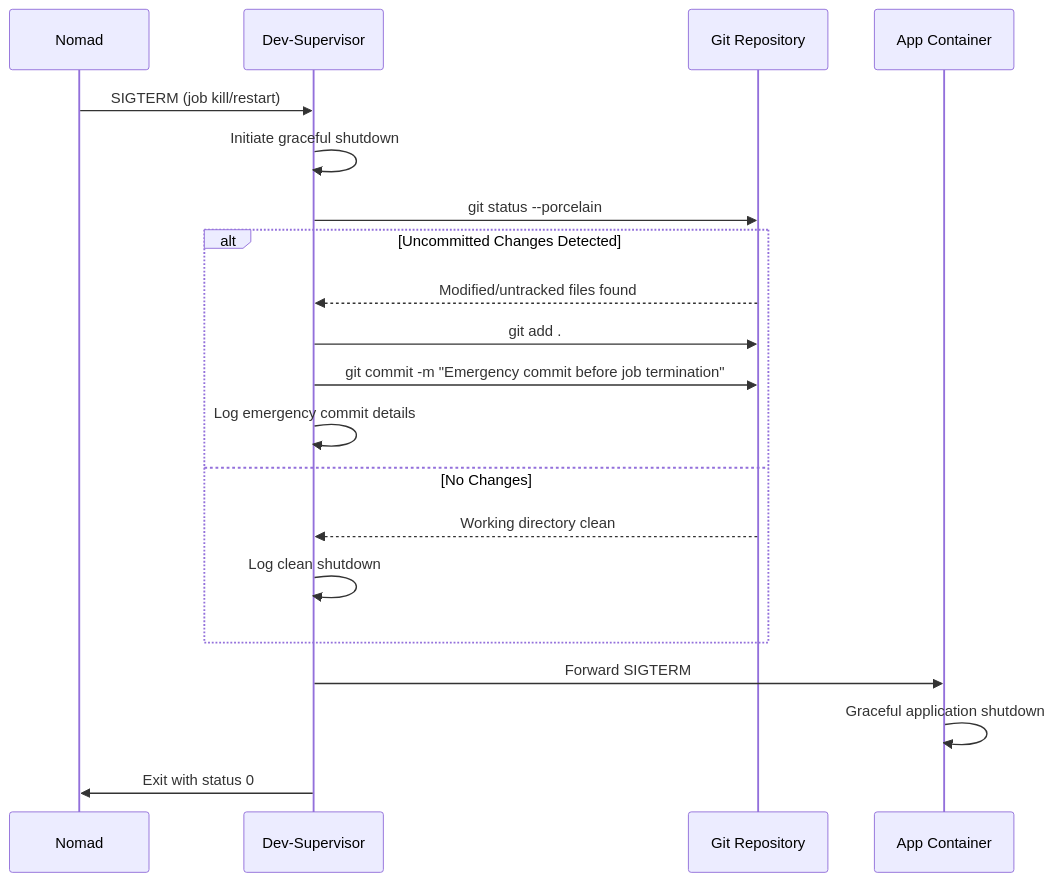
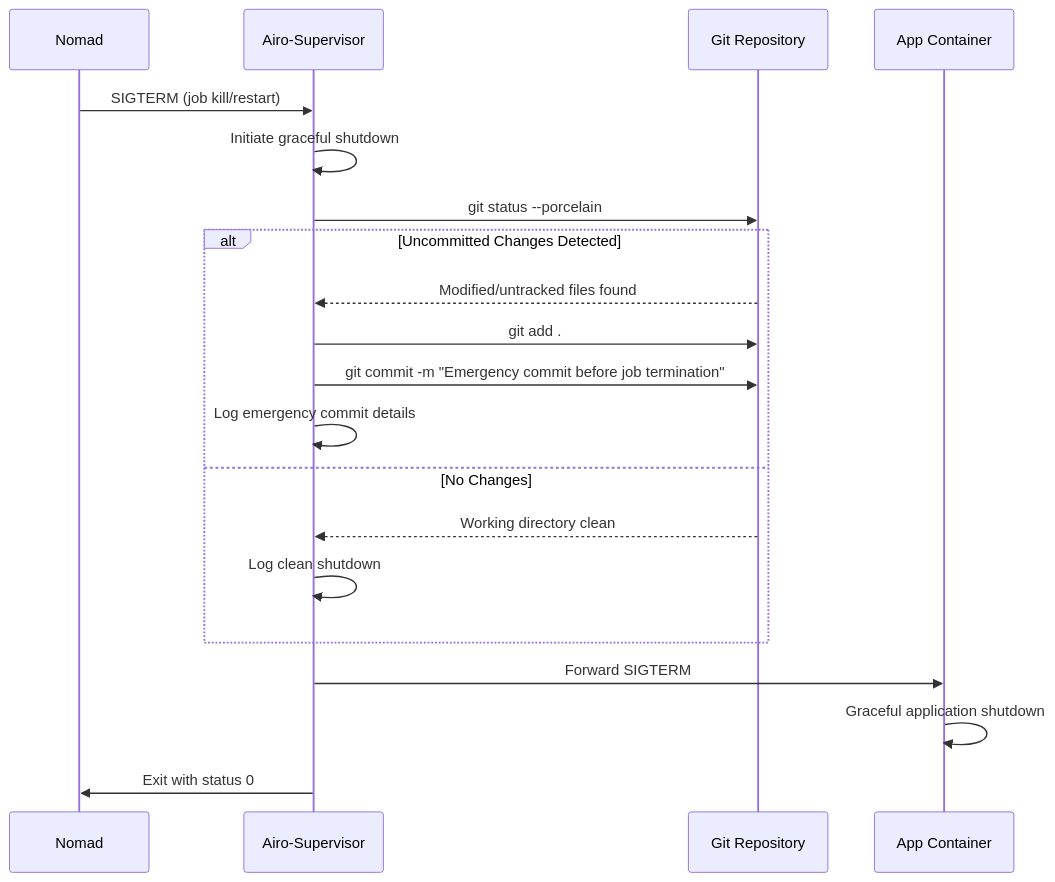
One commit to hsharif-godaddy/hackathon2026 changed the fifth of 5 diagrams in docs/persistent-storage-architecture.md. Above: the diagram before and after it, drawn with Mermaid. The commit also changed other lines of this file and 4 other files, not shown here.

First line of the commit message:
AIROBUILD-464: Unified Nomad Job Plan Doc (#860)

````diff
--- a/docs/persistent-storage-architecture.md
+++ b/docs/persistent-storage-architecture.md
@@ -360,25 +353,25 @@
 ```mermaid
 sequenceDiagram
     participant Nomad
-    participant DevSupervisor as Dev-Supervisor
+    participant AiroSupervisor as Airo-Supervisor
     participant GitRepo as Git Repository
     participant Container as App Container
 
-    Nomad->>DevSupervisor: SIGTERM (job kill/restart)
-    DevSupervisor->>DevSupervisor: Initiate graceful shutdown
-    DevSupervisor->>GitRepo: git status --porcelain
+    Nomad->>AiroSupervisor: SIGTERM (job kill/restart)
+    AiroSupervisor->>AiroSupervisor: Initiate graceful shutdown
+    AiroSupervisor->>GitRepo: git status --porcelain
 
     alt Uncommitted Changes Detected
-        GitRepo-->>DevSupervisor: Modified/untracked files found
-        DevSupervisor->>GitRepo: git add .
-        DevSupervisor->>GitRepo: git commit -m "Emergency commit before job termination"
-        DevSupervisor->>DevSupervisor: Log emergency commit details
+        GitRepo-->>AiroSupervisor: Modified/untracked files found
+        AiroSupervisor->>GitRepo: git add .
+        AiroSupervisor->>GitRepo: git commit -m "Emergency commit before job termination"
+        AiroSupervisor->>AiroSupervisor: Log emergency commit details
     else No Changes
-        GitRepo-->>DevSupervisor: Working directory clean
-        DevSupervisor->>DevSupervisor: Log clean shutdown
+        GitRepo-->>AiroSupervisor: Working directory clean
+        AiroSupervisor->>AiroSupervisor: Log clean shutdown
     end
 
-    DevSupervisor->>Container: Forward SIGTERM
+    AiroSupervisor->>Container: Forward SIGTERM
     Container->>Container: Graceful application shutdown
-    DevSupervisor->>Nomad: Exit with status 0
+    AiroSupervisor->>Nomad: Exit with status 0
 ```
````
